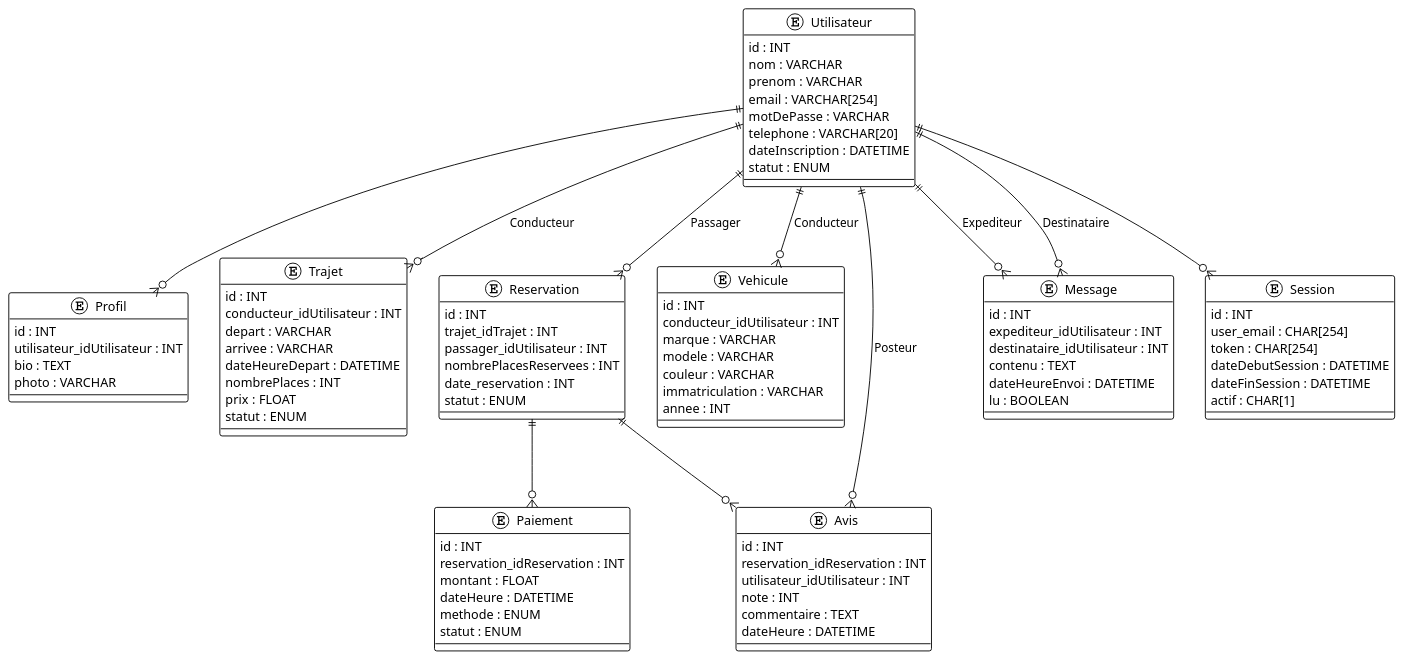
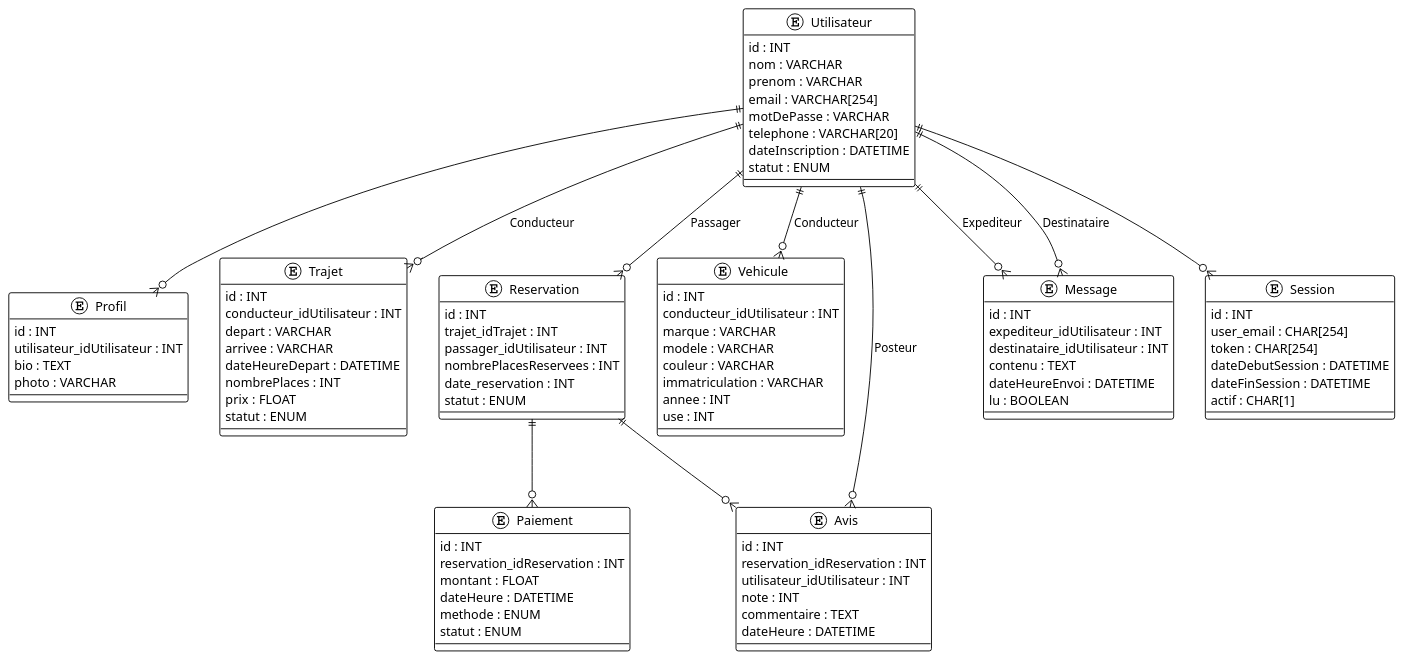
The diagram in SQL/MCD.puml (siyakoub/BokkoBackAPI), drawn with PlantUML before and after one commit. The commit also changed 15 other files, not shown here.

```diff
--- a/SQL/MCD.puml
+++ b/SQL/MCD.puml
@@ -1,101 +1,102 @@
 @startuml
 !theme plain
 
 ' Entités
 entity Utilisateur {
     id : INT
     nom : VARCHAR
     prenom : VARCHAR
     email : VARCHAR[254]
     motDePasse : VARCHAR
     telephone : VARCHAR[20]
     dateInscription : DATETIME
     statut : ENUM
 }
 
 entity Profil {
     id : INT
     utilisateur_idUtilisateur : INT
     bio : TEXT
     photo : VARCHAR
 }
 
 entity Trajet {
     id : INT
     conducteur_idUtilisateur : INT
     depart : VARCHAR
     arrivee : VARCHAR
     dateHeureDepart : DATETIME
     nombrePlaces : INT
     prix : FLOAT
     statut : ENUM
 }
 
 entity Reservation {
     id : INT
     trajet_idTrajet : INT
     passager_idUtilisateur : INT
     nombrePlacesReservees : INT
     date_reservation : INT
     statut : ENUM
 }
 
 entity Vehicule {
     id : INT
     conducteur_idUtilisateur : INT
     marque : VARCHAR
     modele : VARCHAR
     couleur : VARCHAR
     immatriculation : VARCHAR
     annee : INT
+    use : INT
 }
 
 entity Paiement {
     id : INT
     reservation_idReservation : INT
     montant : FLOAT
     dateHeure : DATETIME
     methode : ENUM
     statut : ENUM
 }
 
 entity Avis {
     id : INT
     reservation_idReservation : INT
     utilisateur_idUtilisateur : INT
     note : INT
     commentaire : TEXT
     dateHeure : DATETIME
 }
 
 entity Message {
     id : INT
     expediteur_idUtilisateur : INT
     destinataire_idUtilisateur : INT
     contenu : TEXT
     dateHeureEnvoi : DATETIME
     lu : BOOLEAN
 }
 
 entity Session {
     id : INT
     user_email : CHAR[254]
     token : CHAR[254]
     dateDebutSession : DATETIME
     dateFinSession : DATETIME
     actif : CHAR[1]
 }
 
 ' Relations
 Utilisateur ||--o{ Profil : ""
 Utilisateur ||--o{ Trajet : "Conducteur"
 Utilisateur ||--o{ Reservation : "Passager"
 Utilisateur ||--o{ Vehicule : "Conducteur"
 Reservation ||--o{ Paiement : ""
 Reservation ||--o{ Avis : ""
 Utilisateur ||--o{ Avis : "Posteur"
 Utilisateur ||--o{ Message : "Expediteur"
 Utilisateur ||--o{ Message : "Destinataire"
 Utilisateur ||--o{ Session : ""
 
 @enduml
```
